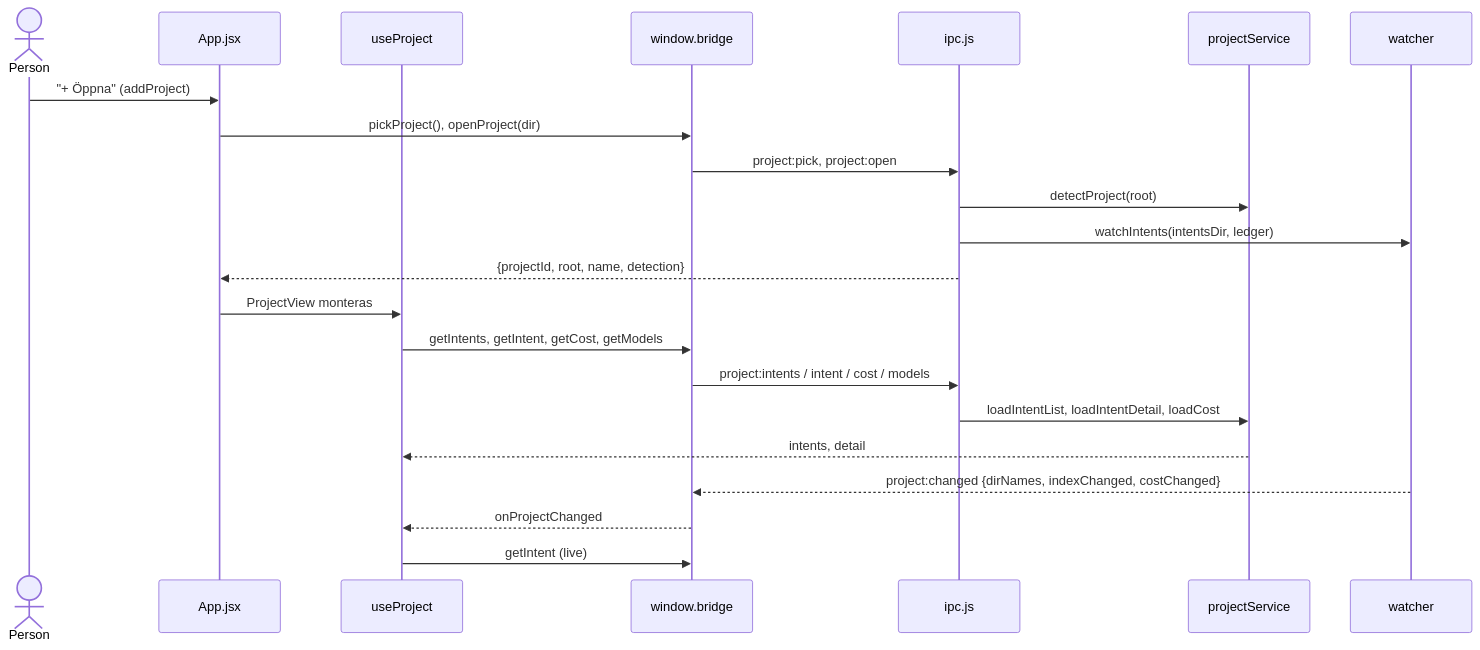
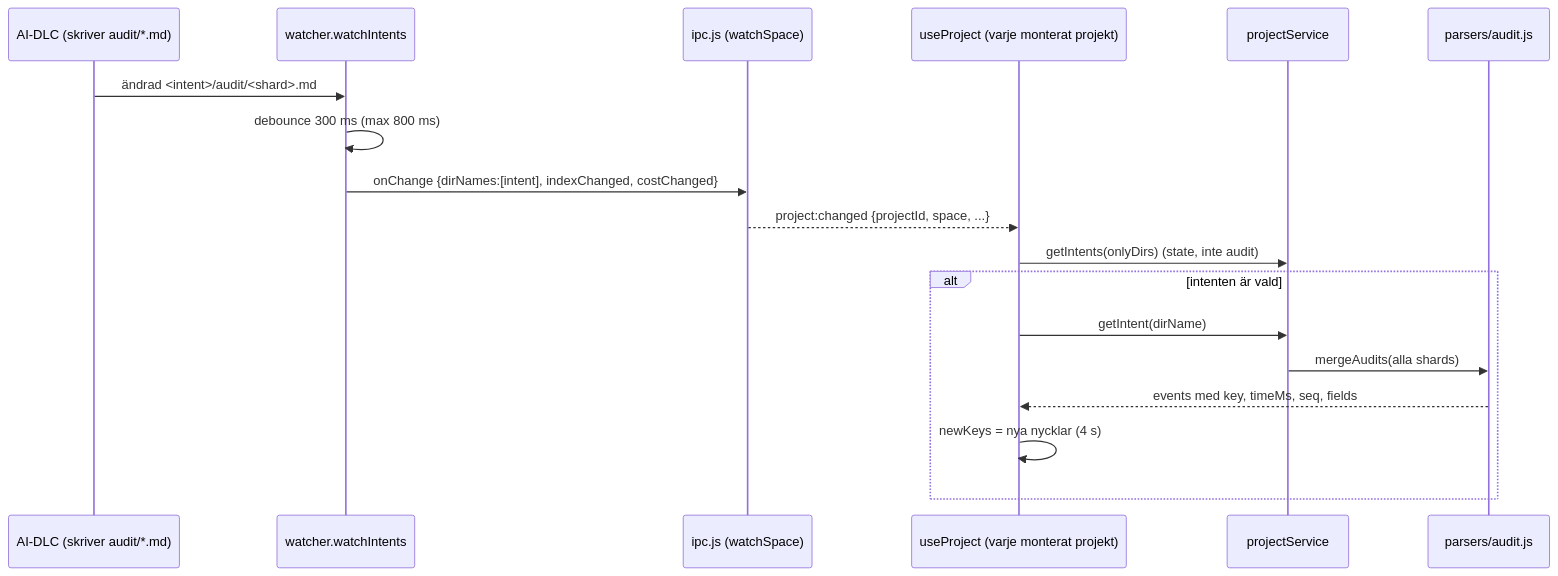
Before and after one commit to tochman/ai-dlc-thadeus: the fourth of 6 diagrams in aidlc/spaces/default/codekb/aidlc-dash/architecture.md, drawn with Mermaid. The commit also changed other lines of this file and 48 other files, not shown here.

````diff
--- a/aidlc/spaces/default/codekb/aidlc-dash/architecture.md
+++ b/aidlc/spaces/default/codekb/aidlc-dash/architecture.md
@@ -134,24 +153,20 @@
 ```mermaid
 sequenceDiagram
-  actor Person
-  participant App as App.jsx
-  participant Hook as useProject
-  participant Bridge as window.bridge
-  participant IPC as ipc.js
+  participant AIDLC as AI-DLC (skriver audit/*.md)
+  participant Watch as watcher.watchIntents
+  participant IPC as ipc.js (watchSpace)
+  participant Hook as useProject (varje monterat projekt)
   participant Svc as projectService
-  participant Watch as watcher
-  Person->>App: "+ Öppna" (addProject)
-  App->>Bridge: pickProject(), openProject(dir)
-  Bridge->>IPC: project:pick, project:open
-  IPC->>Svc: detectProject(root)
-  IPC->>Watch: watchIntents(intentsDir, ledger)
-  IPC-->>App: {projectId, root, name, detection}
-  App->>Hook: ProjectView monteras
-  Hook->>Bridge: getIntents, getIntent, getCost, getModels
-  Bridge->>IPC: project:intents / intent / cost / models
-  IPC->>Svc: loadIntentList, loadIntentDetail, loadCost
-  Svc-->>Hook: intents, detail
-  Watch-->>Bridge: project:changed {dirNames, indexChanged, costChanged}
-  Bridge-->>Hook: onProjectChanged
-  Hook->>Bridge: getIntent (live)
+  participant Parser as parsers/audit.js
+  AIDLC->>Watch: ändrad <intent>/audit/<shard>.md
+  Watch->>Watch: debounce 300 ms (max 800 ms)
+  Watch->>IPC: onChange {dirNames:[intent], indexChanged, costChanged}
+  IPC-->>Hook: project:changed {projectId, space, ...}
+  Hook->>Svc: getIntents(onlyDirs) (state, inte audit)
+  alt intenten är vald
+    Hook->>Svc: getIntent(dirName)
+    Svc->>Parser: mergeAudits(alla shards)
+    Parser-->>Hook: events med key, timeMs, seq, fields
+    Hook->>Hook: newKeys = nya nycklar (4 s)
+  end
 ```
````
